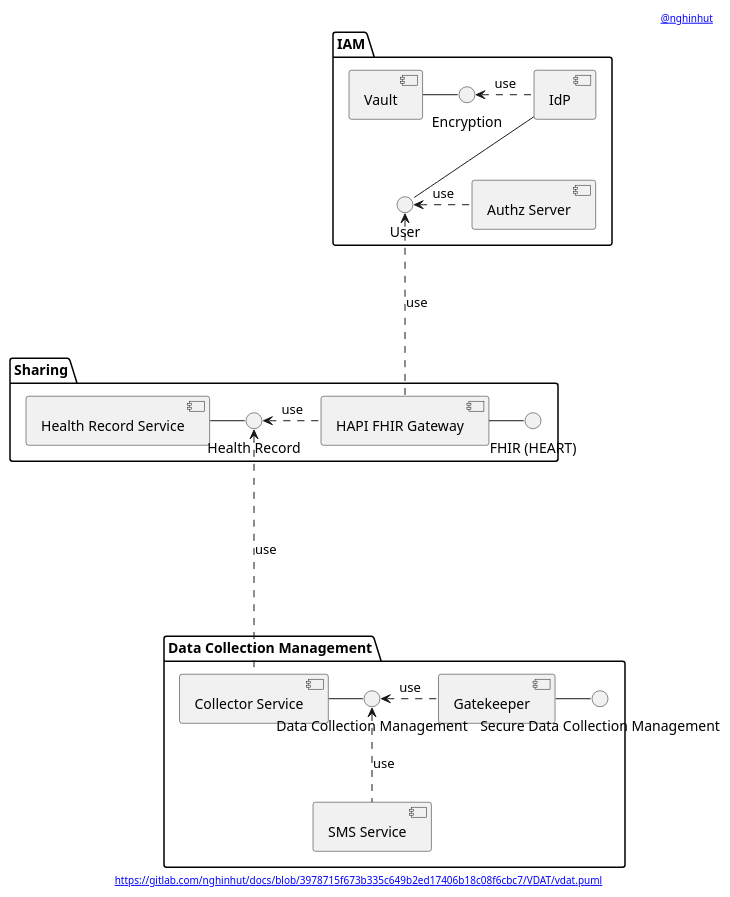
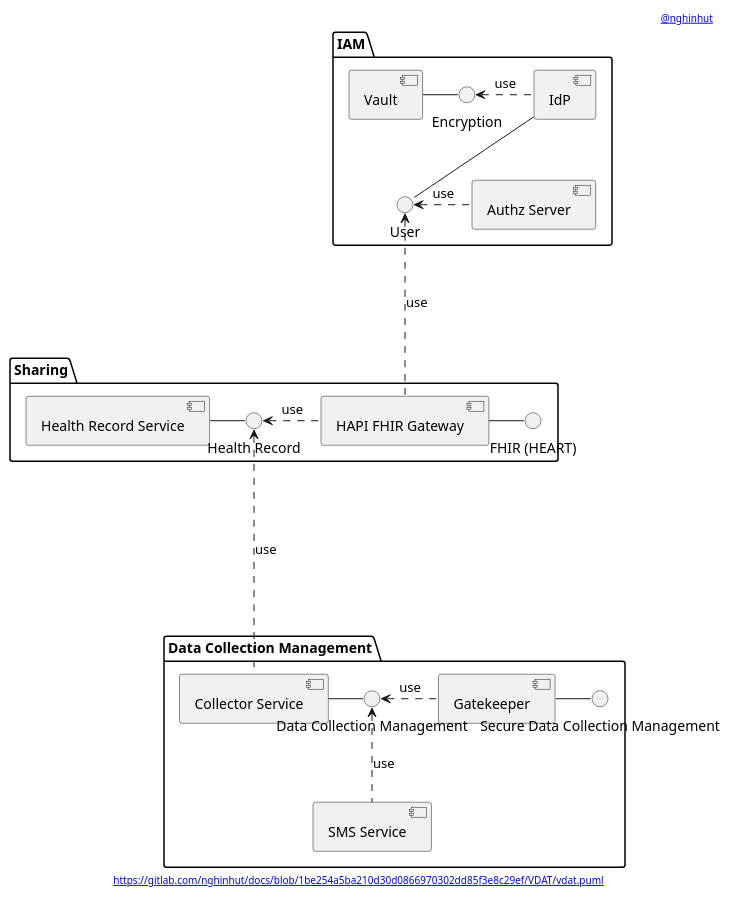
Before and after one commit to nghinhut/docs: the diagram in VDAT/vdat.component.puml, drawn with PlantUML. The commit also changed 22 other files, not shown here.

Commit message:
Update diagrams

```diff
--- a/VDAT/vdat.component.puml
+++ b/VDAT/vdat.component.puml
@@ -1,60 +1,60 @@
 @startuml
 '-----START auto generated metadata please keep comment here to allow auto update-----
 '-----DON'T EDIT THIS SECTION, INSTEAD RE-RUN prebuild.sh TO UPDATE-----
-header [[https://www.nghinhut.dev?from=http%5C%3A%5C%2F%5C%2Fwww%5C.plantuml%5C.com%5C%2Fplantuml%5C%2Fproxy%3Ffmt%3Dsvg%5C%26src%3Dhttps%5C%3A%5C%2F%5C%2Fgitlab%5C.com%5C%2Fnghinhut%5C%2Fdocs%5C%2Fraw%5C%2F3978715f673b335c649b2ed17406b18c08f6cbc7%5C%2FVDAT%5C%2Fvdat%5C.puml%0A @nghinhut]]
-footer [[http://www.plantuml.com/plantuml/proxy?fmt=svg&src=https://gitlab.com/nghinhut/docs/raw/3978715f673b335c649b2ed17406b18c08f6cbc7/VDAT/vdat.puml https://gitlab.com/nghinhut/docs/blob/3978715f673b335c649b2ed17406b18c08f6cbc7/VDAT/vdat.puml]]
+header [[https://www.nghinhut.dev?from=http%5C%3A%5C%2F%5C%2Fwww%5C.plantuml%5C.com%5C%2Fplantuml%5C%2Fproxy%3Ffmt%3Dsvg%5C%26src%3Dhttps%5C%3A%5C%2F%5C%2Fgitlab%5C.com%5C%2Fnghinhut%5C%2Fdocs%5C%2Fraw%5C%2F1be254a5ba210d30d0866970302dd85f3e8c29ef%5C%2FVDAT%5C%2Fvdat%5C.puml%0A @nghinhut]]
+footer [[http://www.plantuml.com/plantuml/proxy?fmt=svg&src=https://gitlab.com/nghinhut/docs/raw/1be254a5ba210d30d0866970302dd85f3e8c29ef/VDAT/vdat.puml https://gitlab.com/nghinhut/docs/blob/1be254a5ba210d30d0866970302dd85f3e8c29ef/VDAT/vdat.puml]]
 '-----END auto generated metadata please keep comment here to allow auto update-----
 
 package "IAM" {
     component "Authz Server" as as
     component Vault as vault
     component IdP as idp
 
 '    interface "OAuth2 Authentication" as IOAuth2Authentication
 '    interface "UMA2 Authorization" as IUMA2Authorization
 '    as -- IOAuth2Authentication
 '    as -- IUMA2Authorization
     interface "Encryption" as IEncrypt
     interface "User" as IUser
 }
 
 package "Sharing" {
     component "Health Record Service" as record
     interface "Health Record" as IHealthRecord
     component "HAPI FHIR Gateway" as fhir
     interface "FHIR (HEART)" as IFHIR
 }
 
 package "Data Collection Management" {
     component "Collector Service" as collector
     component "SMS Service" as sms
     component "Gatekeeper" as collector_gatekeeper
     interface "Data Collection Management" as IDataCollectionManagement
     interface "Secure Data Collection Management" as ISecureDataCollectionManagement
 }
 
 
 
 
 
 
 vault - IEncrypt
 IEncrypt <. idp : use
 idp -- IUser
 IUser <. as : use
 IUser <... fhir : use
 
 
 record - IHealthRecord
 IHealthRecord <. fhir : use
 fhir - IFHIR
 IHealthRecord <.... collector : use
 
 
 collector - IDataCollectionManagement
 IDataCollectionManagement <. collector_gatekeeper : use
 collector_gatekeeper - ISecureDataCollectionManagement
 
 IDataCollectionManagement <.. sms : use
 
 @enduml
```
